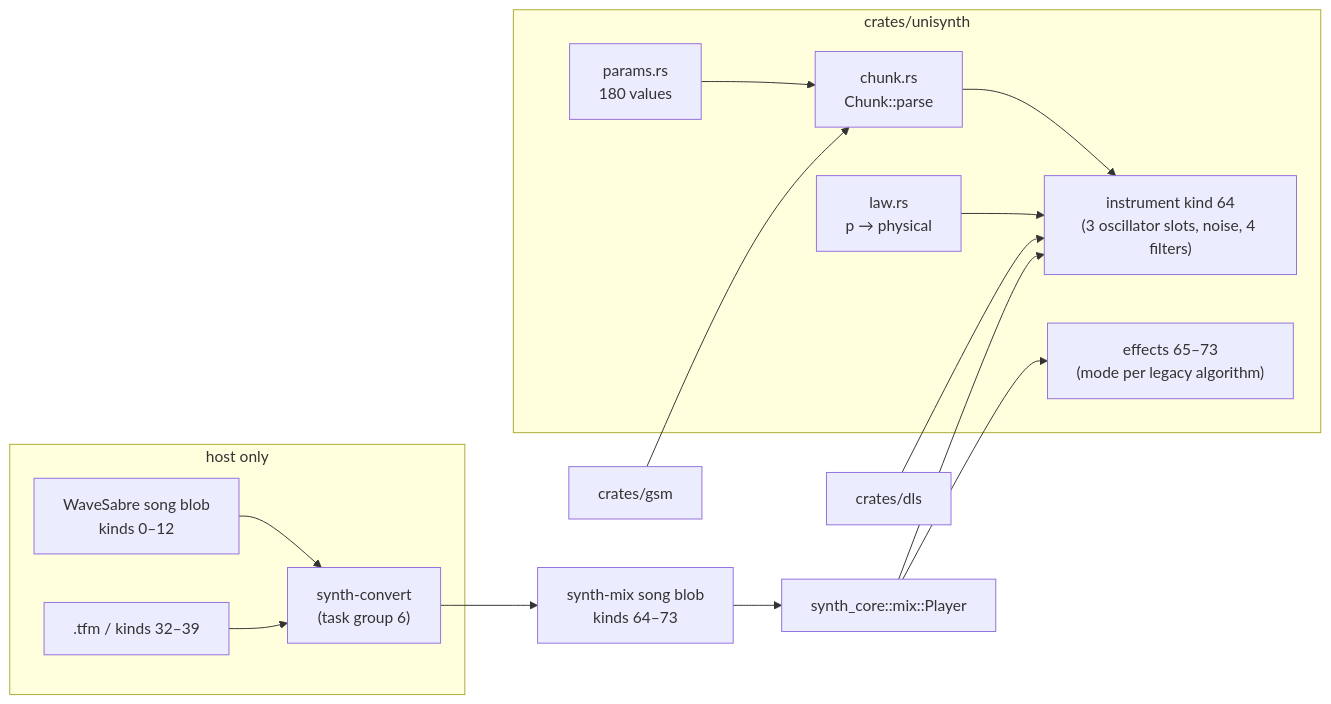
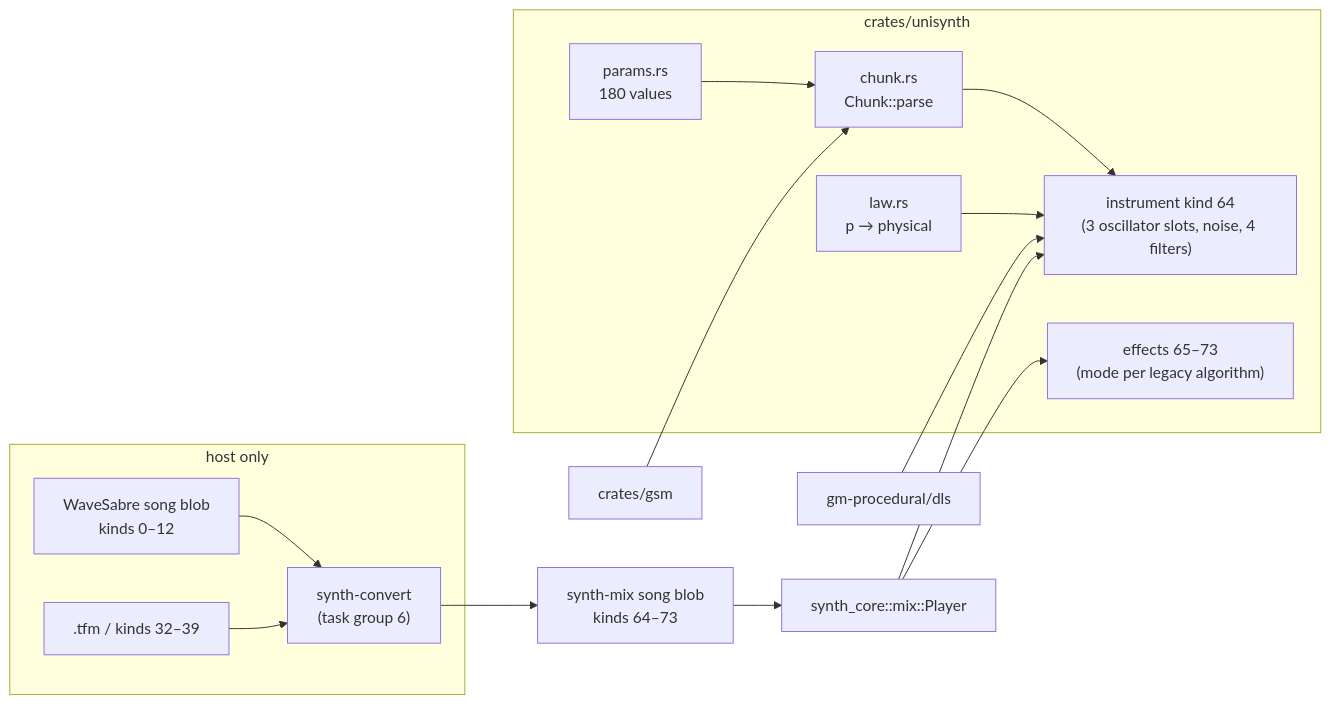
Before and after one commit to unisynth/unisynth: the first of 16 diagrams in docs/synth/unisynth.md, drawn with Mermaid. The commit also changed 3 other files, not shown here.

Commit message:
Move procedural GM bank to github.com/robertcsakany/gm-procedural: dls, gmgen, gmfit, assets/gm*, tools/gm-songs, docs, research, openspec changes (add-procedural-gm-bank, add-gmplus-bank, add-wav-resynthesis) and gm-sound-bank spec; dls + gmgen now pinned git workspace deps

````diff
--- a/docs/synth/unisynth.md
+++ b/docs/synth/unisynth.md
@@ -15,26 +15,26 @@
 ```mermaid
 flowchart LR
     subgraph host["host only"]
         conv["synth-convert<br/>(task group 6)"]
         ws["WaveSabre song blob<br/>kinds 0–12"]
         tfm[".tfm / kinds 32–39"]
     end
     ws --> conv
     tfm --> conv
     conv --> blob["synth-mix song blob<br/>kinds 64–73"]
     blob --> player["synth_core::mix::Player"]
     subgraph us["crates/unisynth"]
         chunk["chunk.rs<br/>Chunk::parse"]
         params["params.rs<br/>180 values"]
         law["law.rs<br/>p → physical"]
         inst["instrument kind 64<br/>(3 oscillator slots, noise, 4 filters)"]
         fx["effects 65–73<br/>(mode per legacy algorithm)"]
     end
     player --> inst
     player --> fx
     chunk --> inst
     params --> chunk
     law --> inst
     gsm["crates/gsm"] --> chunk
-    dls["crates/dls"] --> inst
+    dls["gm-procedural/dls"] --> inst
 ```
````
